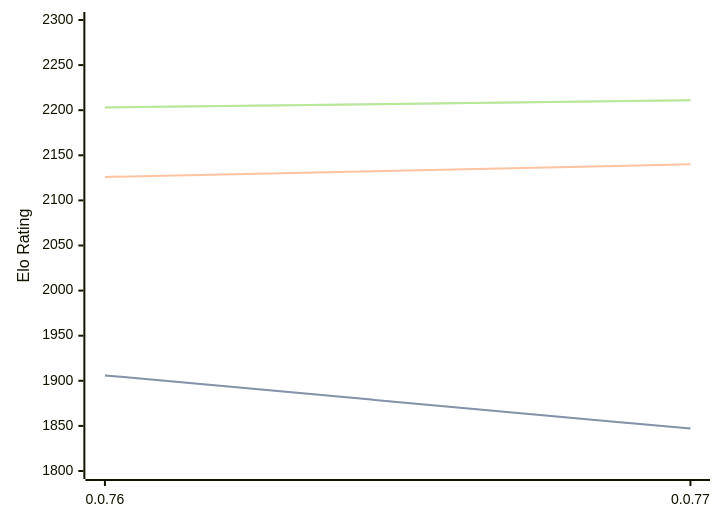
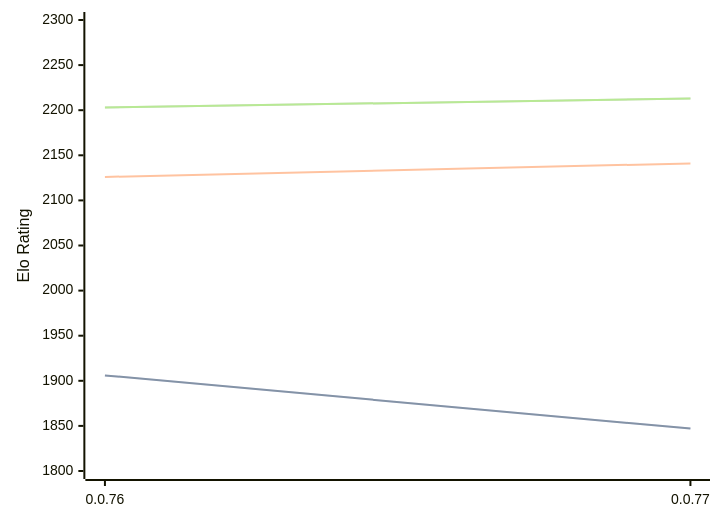
One commit to computer-chess-index/cci changed the first of 3 diagrams in engines/Fktb.md. Above: the diagram before and after it, drawn with Mermaid. The commit also changed other lines of this file, not shown here.

Commit message:
Update CCI Ratings (ELO VLTC) - 2026-06-20

````diff
--- a/engines/Fktb.md
+++ b/engines/Fktb.md
@@ -32,11 +32,11 @@
 ```mermaid
 %%{init: {"theme":"base","themeVariables":{"seriesColors:['#a3a3a3','#222221','#faa371']}}}%%
 xychart-beta
   x-axis ["0.0.76", "0.0.77"]
   y-axis "Elo Rating" 1800 --> 2300
   line "STC (8.0+0.08s)" [1906, 1847]
   line "STC (8.0+0.08s)" [1906, 1847]
-  line "LTC (60.0+0.60s)" [2126, 2140]
-  line "VLTC (2m24s+1.12s)" [2203, 2211]
-  line "VLTC (2m24s+1.12s)" [2203, 2211]
+  line "LTC (60.0+0.60s)" [2126, 2141]
+  line "VLTC (2m24s+1.12s)" [2203, 2213]
+  line "VLTC (2m24s+1.12s)" [2203, 2213]
 ```
````
